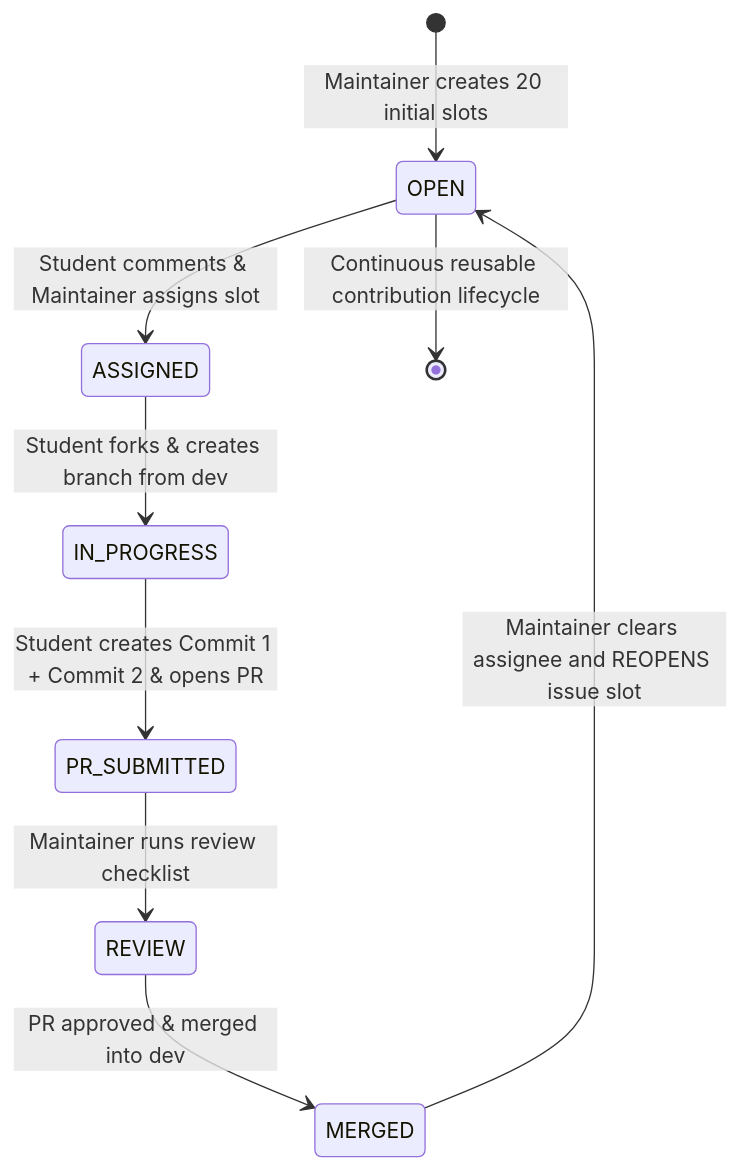
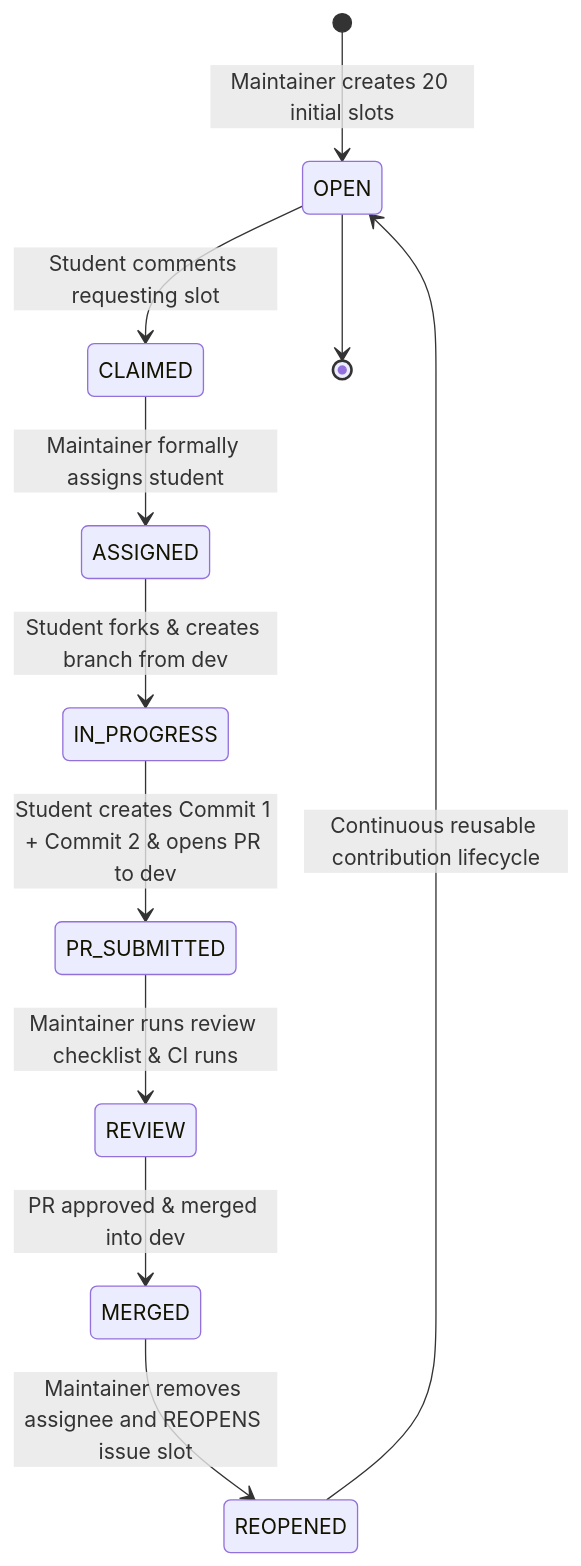
The diagram in docs/architecture/contribution-flow.md (HaneeshYadav/MakeYourWorld-OpenCircle), drawn with Mermaid before and after one commit. The commit also changed other lines of this file and 45 other files, not shown here.

````diff
--- a/docs/architecture/contribution-flow.md
+++ b/docs/architecture/contribution-flow.md
@@ -9,11 +9,13 @@
 ```mermaid
 stateDiagram-v2
     [*] --> OPEN: Maintainer creates 20 initial slots
-    OPEN --> ASSIGNED: Student comments & Maintainer assigns slot
+    OPEN --> CLAIMED: Student comments requesting slot
+    CLAIMED --> ASSIGNED: Maintainer formally assigns student
     ASSIGNED --> IN_PROGRESS: Student forks & creates branch from dev
-    IN_PROGRESS --> PR_SUBMITTED: Student creates Commit 1 + Commit 2 & opens PR
-    PR_SUBMITTED --> REVIEW: Maintainer runs review checklist
+    IN_PROGRESS --> PR_SUBMITTED: Student creates Commit 1 + Commit 2 & opens PR to dev
+    PR_SUBMITTED --> REVIEW: Maintainer runs review checklist & CI runs
     REVIEW --> MERGED: PR approved & merged into dev
-    MERGED --> OPEN: Maintainer clears assignee and REOPENS issue slot
-    OPEN --> [*]: Continuous reusable contribution lifecycle
+    MERGED --> REOPENED: Maintainer removes assignee and REOPENS issue slot
+    REOPENED --> OPEN: Continuous reusable contribution lifecycle
+    OPEN --> [*]
 ```
````
